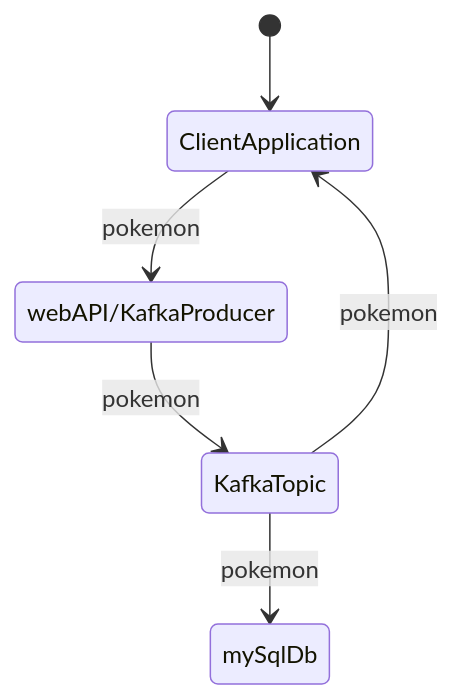
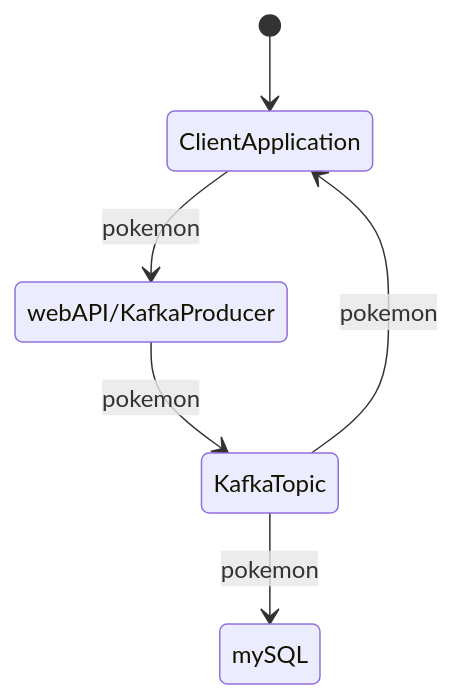
The diagram in Dokumentation.md (Bremmster/DWSJ), drawn with Mermaid before and after one commit. The commit also changed other lines of this file and 3 other files, not shown here.

````diff
--- a/Dokumentation.md
+++ b/Dokumentation.md
@@ -12,9 +16,9 @@
 ```mermaid
 stateDiagram-v2
     [*] --> ClientApplication
     ClientApplication --> webAPI/KafkaProducer: pokemon
-    webAPI/KafkaProducer 
+    webAPI/KafkaProducer
     webAPI/KafkaProducer --> KafkaTopic: pokemon
-    KafkaTopic --> mySqlDb: pokemon
+    KafkaTopic --> mySQL: pokemon
     KafkaTopic --> ClientApplication: pokemon
 ```
````
